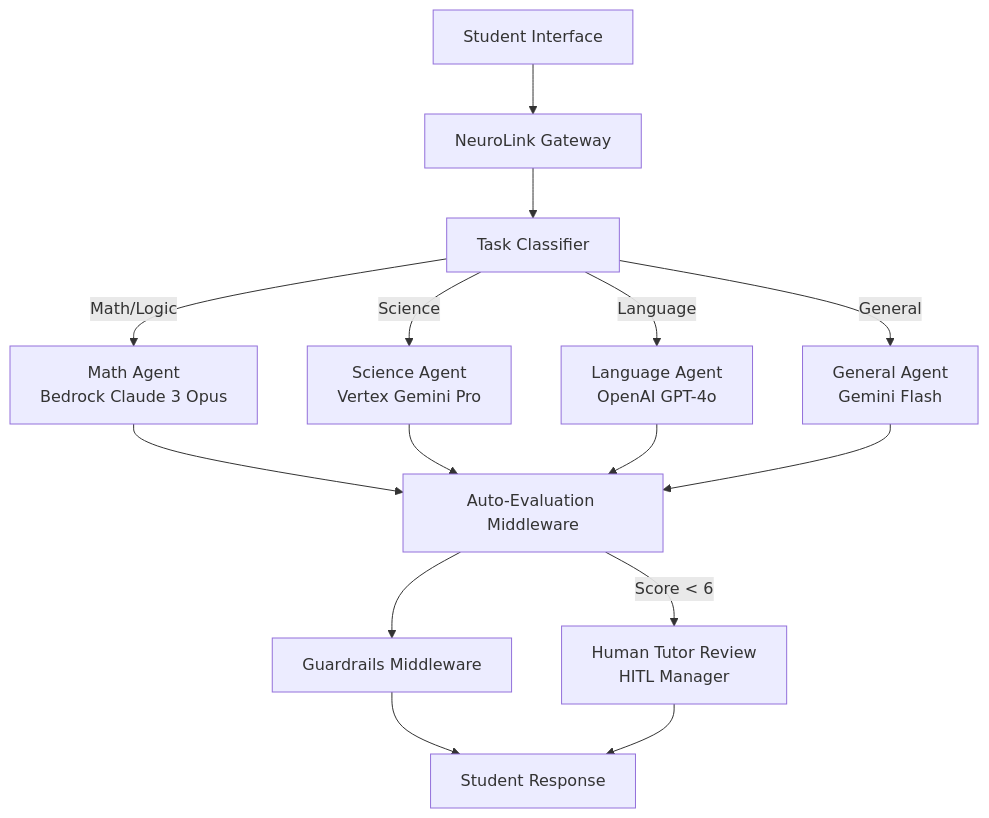
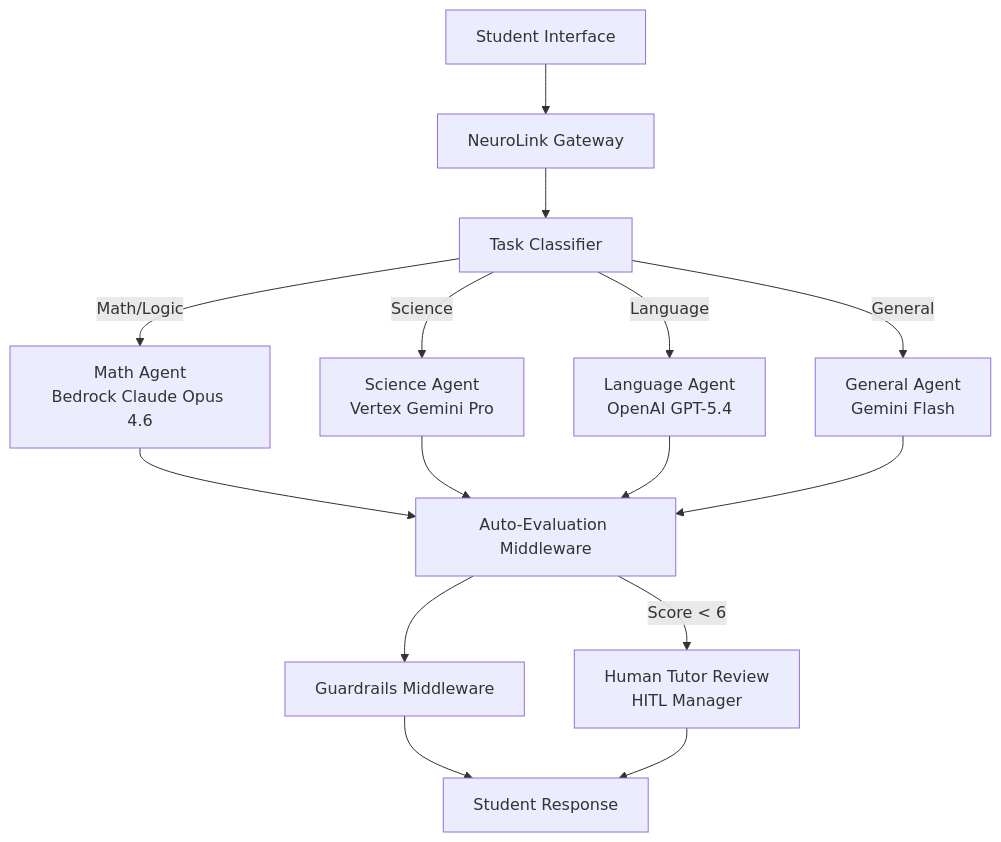
The diagram in _posts/2025-09-29-ai-tutoring-platform.md (juspay/neurolink-blog), drawn with Mermaid before and after one commit. The commit also changed other lines of this file and 172 other files, not shown here.

````diff
--- a/_posts/2025-09-29-ai-tutoring-platform.md
+++ b/_posts/2025-09-29-ai-tutoring-platform.md
@@ -39,20 +39,20 @@
 ```mermaid
 flowchart TB
     Student[Student Interface] --> Gateway[NeuroLink Gateway]
     Gateway --> Classifier[Task Classifier]
-    Classifier -->|Math/Logic| MathAgent[Math Agent<br/>Bedrock Claude 3 Opus]
+    Classifier -->|Math/Logic| MathAgent[Math Agent<br/>Bedrock Claude Opus 4.6]
     Classifier -->|Science| ScienceAgent[Science Agent<br/>Vertex Gemini Pro]
-    Classifier -->|Language| LangAgent[Language Agent<br/>OpenAI GPT-4o]
+    Classifier -->|Language| LangAgent[Language Agent<br/>OpenAI GPT-5.4]
     Classifier -->|General| GeneralAgent[General Agent<br/>Gemini Flash]
 
     MathAgent --> Evaluator[Auto-Evaluation Middleware]
     ScienceAgent --> Evaluator
     LangAgent --> Evaluator
     GeneralAgent --> Evaluator
 
     Evaluator --> Guardrails[Guardrails Middleware]
     Guardrails --> Response[Student Response]
 
     Evaluator -->|Score < 6| HITL[Human Tutor Review<br/>HITL Manager]
     HITL --> Response
 ```
````
